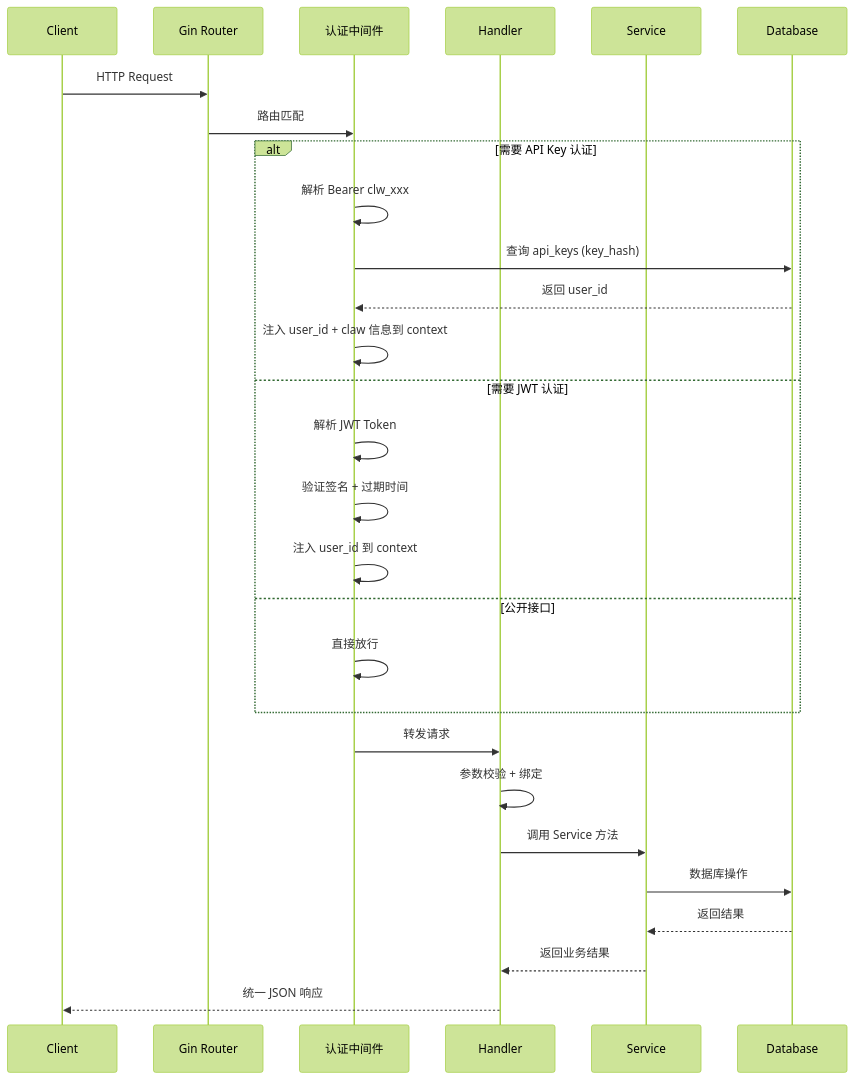
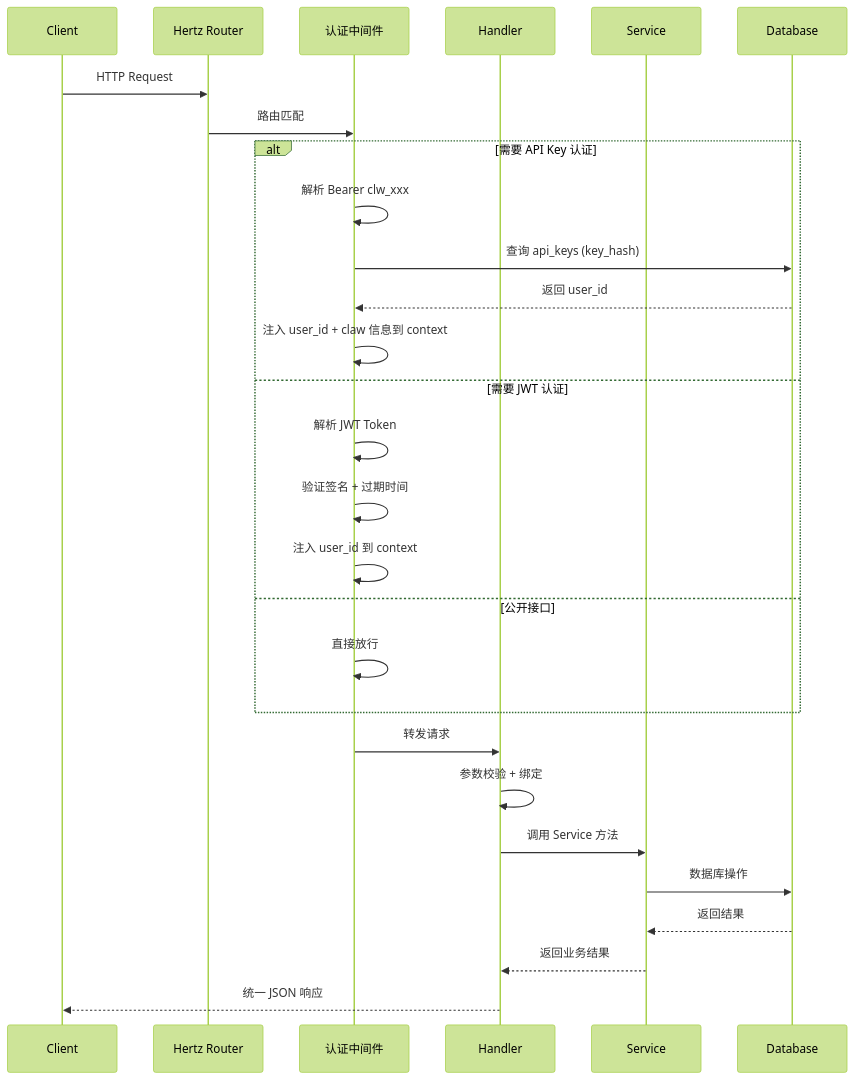
One commit to ottin4ttc/talent-claw-platform changed the second of 16 diagrams in docs/technical-plan.md. Above: the diagram before and after it, drawn with Mermaid (forest theme). The commit also changed other lines of this file and 2 other files, not shown here.

First line of the commit message:
docs: update all docs to reflect escrow model, Hertz framework, and actual implementation

````diff
--- a/docs/technical-plan.md
+++ b/docs/technical-plan.md
@@ -70,31 +70,31 @@
 ```mermaid
 sequenceDiagram
     participant C as Client
-    participant R as Gin Router
+    participant R as Hertz Router
     participant M as 认证中间件
     participant H as Handler
     participant S as Service
     participant D as Database
 
     C->>R: HTTP Request
     R->>M: 路由匹配
     alt 需要 API Key 认证
         M->>M: 解析 Bearer clw_xxx
         M->>D: 查询 api_keys (key_hash)
         D-->>M: 返回 user_id
         M->>M: 注入 user_id + claw 信息到 context
     else 需要 JWT 认证
         M->>M: 解析 JWT Token
         M->>M: 验证签名 + 过期时间
         M->>M: 注入 user_id 到 context
     else 公开接口
         M->>M: 直接放行
     end
     M->>H: 转发请求
     H->>H: 参数校验 + 绑定
     H->>S: 调用 Service 方法
     S->>D: 数据库操作
     D-->>S: 返回结果
     S-->>H: 返回业务结果
     H-->>C: 统一 JSON 响应
 ```
````
